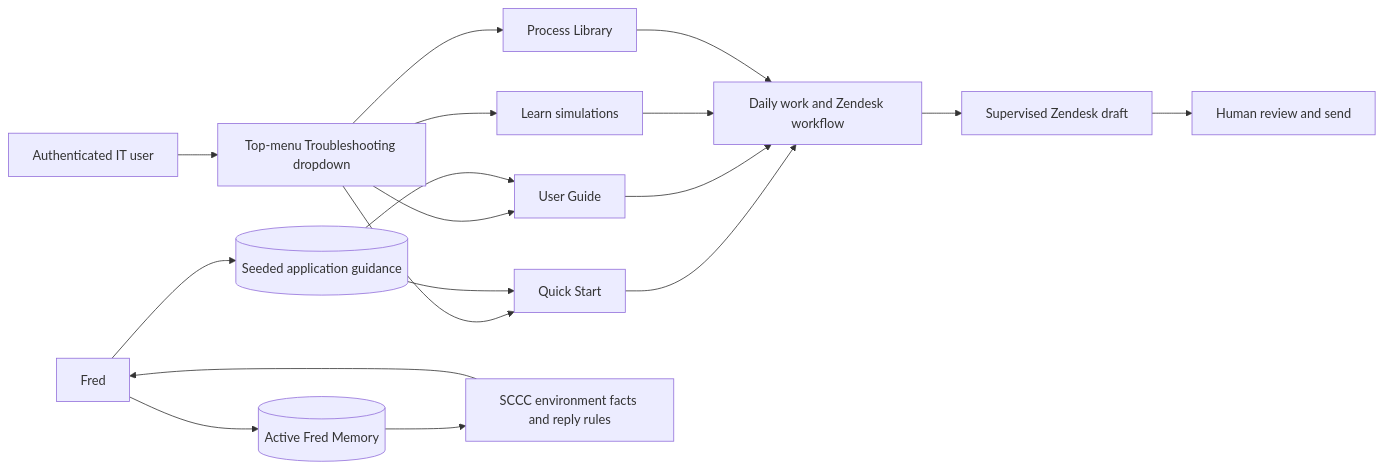
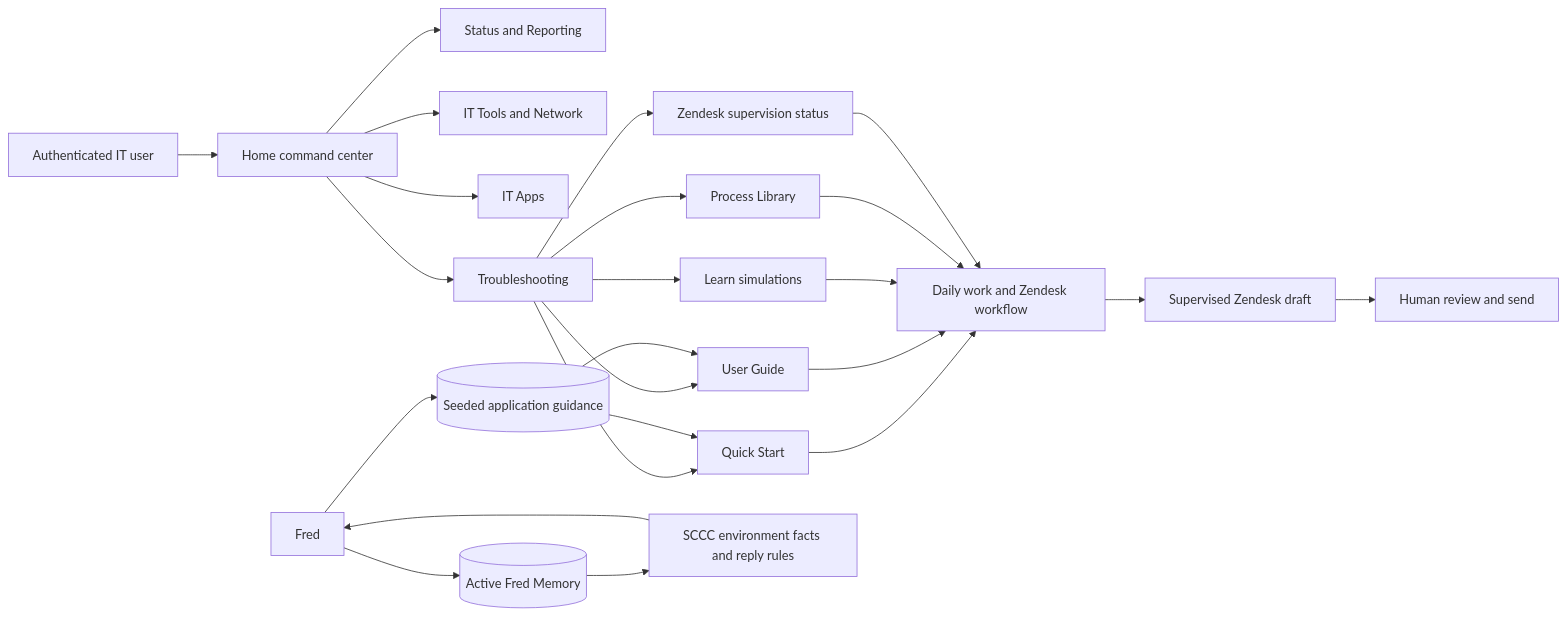
One commit to OlderschCoder/Network-Insight-Hub changed the diagram in docs/quick-start-training-flow.mmd. Above: the diagram before and after it, drawn with Mermaid. The commit also changed 75 other files, not shown here.

Commit message:
Repair Zendesk supervision and operations UI

```diff
--- a/docs/quick-start-training-flow.mmd
+++ b/docs/quick-start-training-flow.mmd
@@ -1,18 +1,24 @@
 flowchart LR
-  U[Authenticated IT user] --> M[Top-menu Troubleshooting dropdown]
-  M --> Q[Quick Start]
-  M --> G[User Guide]
-  M --> L[Learn simulations]
-  M --> P[Process Library]
+  U[Authenticated IT user] --> H[Home command center]
+  H --> S[Status and Reporting]
+  H --> N[IT Tools and Network]
+  H --> I[IT Apps]
+  H --> T[Troubleshooting]
+  T --> Q[Quick Start]
+  T --> G[User Guide]
+  T --> L[Learn simulations]
+  T --> P[Process Library]
+  T --> C[Zendesk supervision status]
   Q --> W[Daily work and Zendesk workflow]
   G --> W
   L --> W
   P --> W
   F[Fred] --> K[(Seeded application guidance)]
   F --> A[(Active Fred Memory)]
   K --> Q
   K --> G
   A --> R[SCCC environment facts and reply rules]
   R --> F
+  C --> W
   W --> Z[Supervised Zendesk draft]
-  Z --> H[Human review and send]
+  Z --> HR[Human review and send]
```
